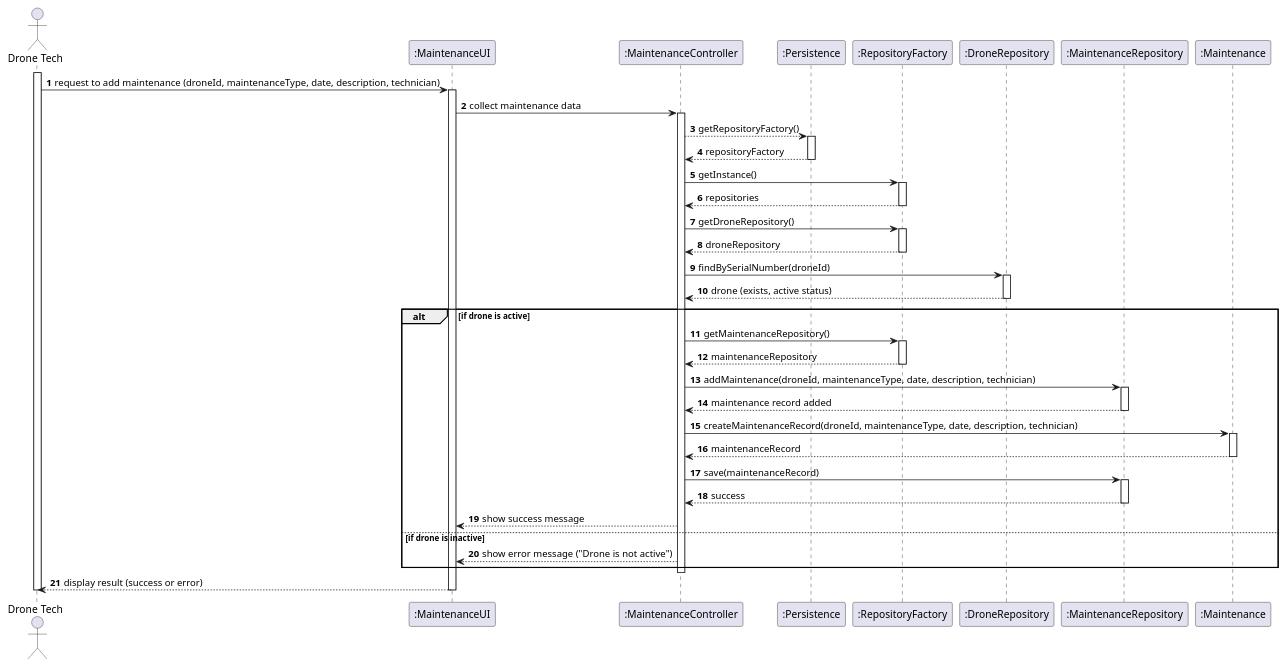
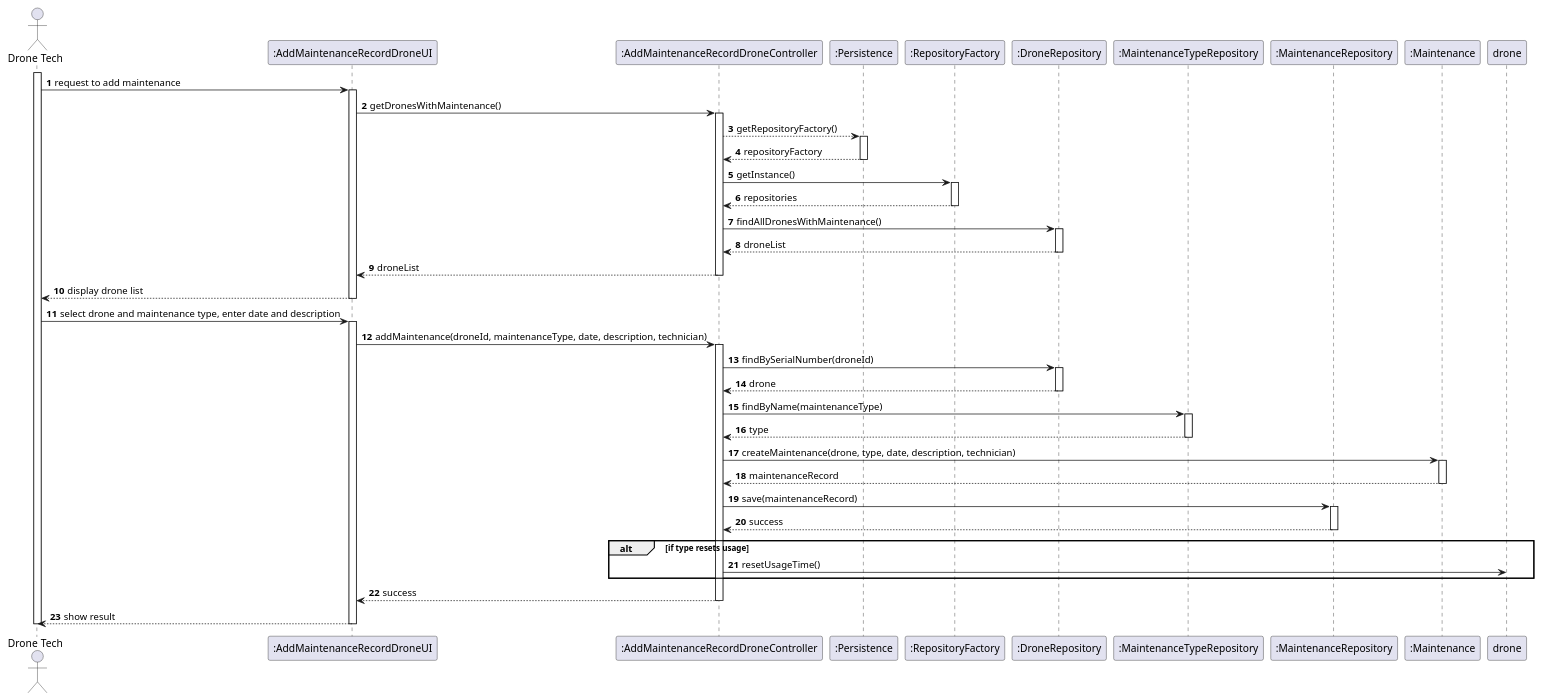
One commit to diogoveirospro/sem4pi-2024-2025-sem4pi_2024_2025_g44 changed the diagram in docs/SPRINT_3/US326/puml/sequence_diagram_326.puml. Above: the diagram before and after it, drawn with PlantUML. The commit also changed 17 other files, not shown here.

Commit message:
Done User Story 326, done changes in domain model and in sequence diagram of 326

```diff
--- a/docs/SPRINT_3/US326/puml/sequence_diagram_326.puml
+++ b/docs/SPRINT_3/US326/puml/sequence_diagram_326.puml
@@ -1,75 +1,77 @@
 @startuml
-'skinparam monochrome
-
 skinparam packageStyle rectangle
 skinparam shadowing false
 
 autonumber
 
 actor "Drone Tech" as DT
-participant ":MaintenanceUI" as UI
-participant ":MaintenanceController" as CTRL
+participant ":AddMaintenanceRecordDroneUI" as UI
+participant ":AddMaintenanceRecordDroneController" as CTRL
 participant ":Persistence" as PERS
 participant ":RepositoryFactory" as REPOS
 participant ":DroneRepository" as DRONE_REPO
+participant ":MaintenanceTypeRepository" as TYPE_REPO
 participant ":MaintenanceRepository" as MAINT_REPO
 participant ":Maintenance" as MAINT
 
 activate DT
 
-DT -> UI : request to add maintenance (droneId, maintenanceType, date, description, technician)
+DT -> UI : request to add maintenance
 activate UI
-    UI -> CTRL : collect maintenance data
-    activate CTRL
-
+  UI -> CTRL : getDronesWithMaintenance()
+  activate CTRL
     CTRL --> PERS : getRepositoryFactory()
     activate PERS
     PERS --> CTRL : repositoryFactory
     deactivate PERS
 
     CTRL -> REPOS : getInstance()
     activate REPOS
     REPOS --> CTRL : repositories
     deactivate REPOS
 
-    CTRL -> REPOS : getDroneRepository()
-    activate REPOS
-    REPOS --> CTRL : droneRepository
-    deactivate REPOS
+    CTRL -> DRONE_REPO : findAllDronesWithMaintenance()
+    activate DRONE_REPO
+    DRONE_REPO --> CTRL : droneList
+    deactivate DRONE_REPO
+
+  CTRL --> UI : droneList
+  deactivate CTRL
+UI --> DT : display drone list
+deactivate UI
+
+DT -> UI : select drone and maintenance type, enter date and description
+activate UI
+  UI -> CTRL : addMaintenance(droneId, maintenanceType, date, description, technician)
+  activate CTRL
 
     CTRL -> DRONE_REPO : findBySerialNumber(droneId)
     activate DRONE_REPO
-    DRONE_REPO --> CTRL : drone (exists, active status)
+    DRONE_REPO --> CTRL : drone
     deactivate DRONE_REPO
 
-    alt if drone is active
-        CTRL -> REPOS : getMaintenanceRepository()
-        activate REPOS
-        REPOS --> CTRL : maintenanceRepository
-        deactivate REPOS
+    CTRL -> TYPE_REPO : findByName(maintenanceType)
+    activate TYPE_REPO
+    TYPE_REPO --> CTRL : type
+    deactivate TYPE_REPO
 
-        CTRL -> MAINT_REPO : addMaintenance(droneId, maintenanceType, date, description, technician)
-        activate MAINT_REPO
-        MAINT_REPO --> CTRL : maintenance record added
-        deactivate MAINT_REPO
+    CTRL -> MAINT : createMaintenance(drone, type, date, description, technician)
+    activate MAINT
+    MAINT --> CTRL : maintenanceRecord
+    deactivate MAINT
 
-        CTRL -> MAINT : createMaintenanceRecord(droneId, maintenanceType, date, description, technician)
-        activate MAINT
-        MAINT --> CTRL : maintenanceRecord
-        deactivate MAINT
+    CTRL -> MAINT_REPO : save(maintenanceRecord)
+    activate MAINT_REPO
+    MAINT_REPO --> CTRL : success
+    deactivate MAINT_REPO
 
-        CTRL -> MAINT_REPO : save(maintenanceRecord)
-        activate MAINT_REPO
-        MAINT_REPO --> CTRL : success
-        deactivate MAINT_REPO
-
-        CTRL --> UI : show success message
-    else if drone is inactive
-        CTRL --> UI : show error message ("Drone is not active")
+    alt if type resets usage
+        CTRL -> drone : resetUsageTime()
     end
 
-    deactivate CTRL
-UI --> DT : display result (success or error)
+  CTRL --> UI : success
+  deactivate CTRL
+UI --> DT : show result
 deactivate UI
 deactivate DT
 @enduml
```
